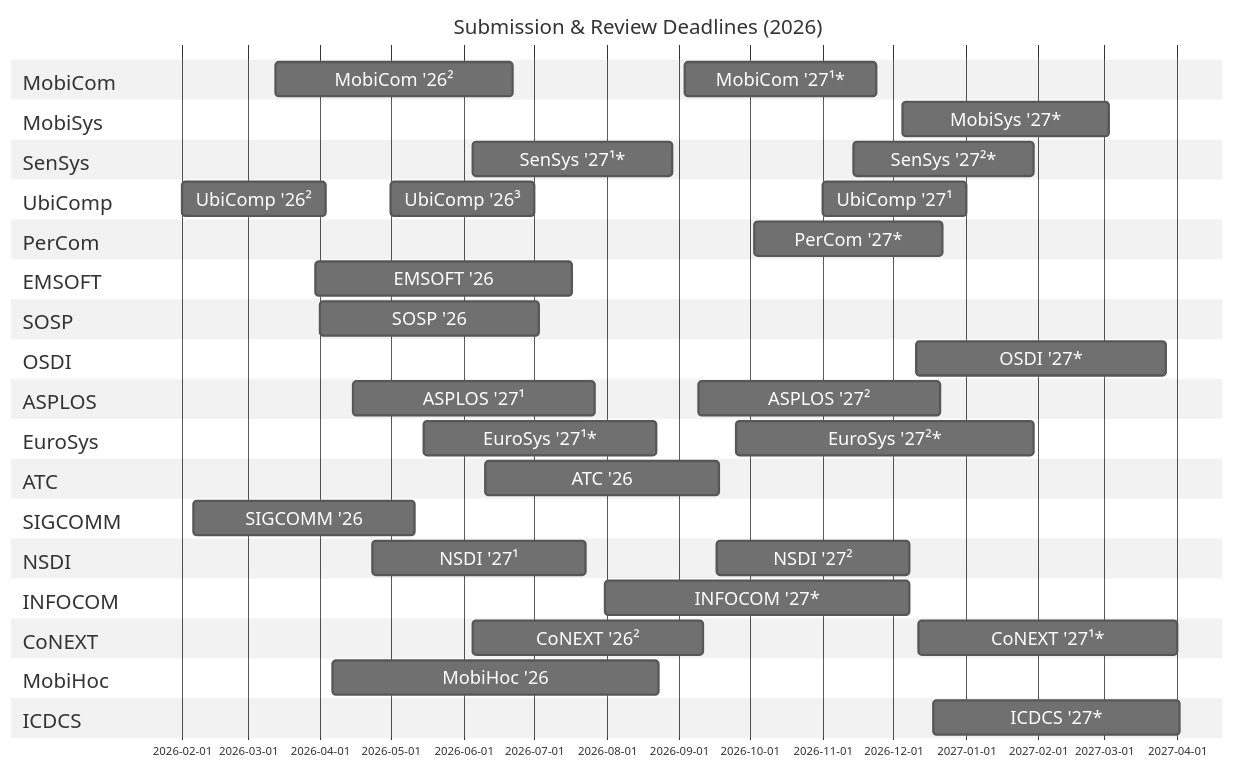
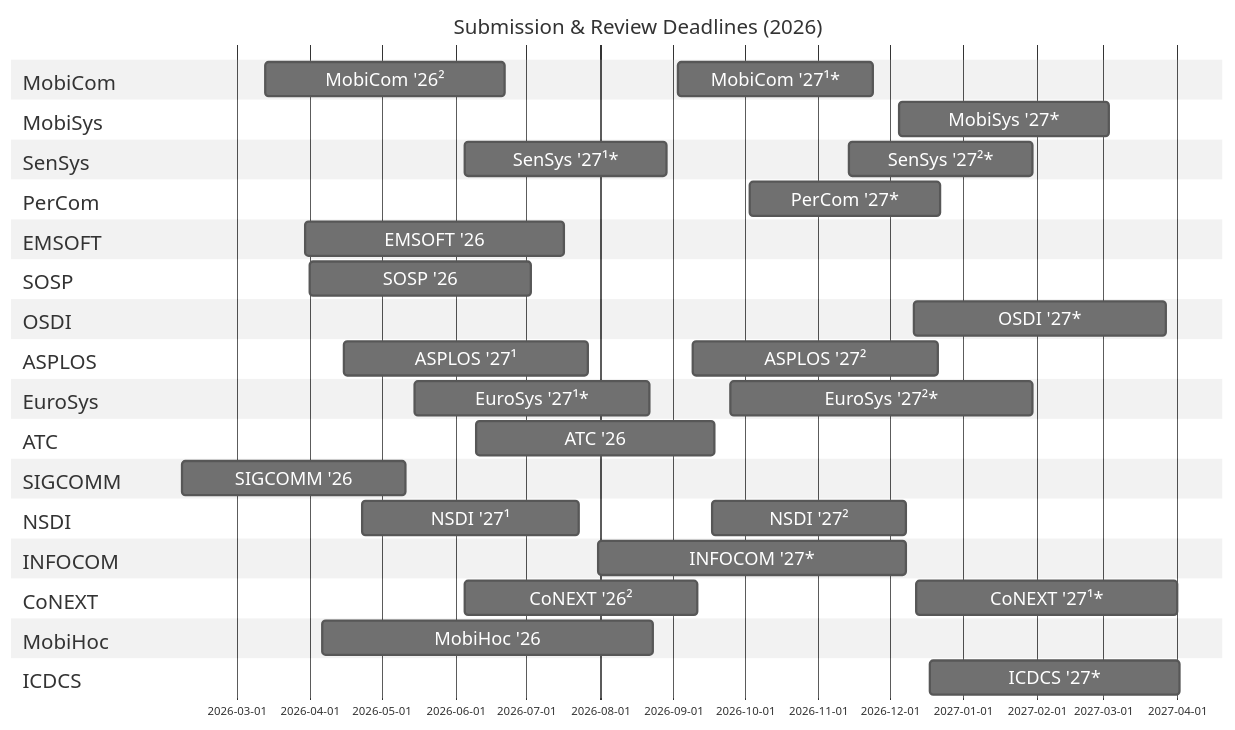
One commit to iamseonghoon/Mobile-Systems-Conference-Timelines changed the diagram in README.md. Above: the diagram before and after it, drawn with Mermaid. The commit also changed other lines of this file, not shown here.

Commit message:
Update conference listings in README
Removed UbiComp sections and added new conference entries.

```diff
--- a/README.md
+++ b/README.md
@@ -34,11 +34,6 @@
     section SenSys
     SenSys '27¹* :sensys27-review1, 2026-06-05, 85d
     SenSys '27²* :sensys27-review2, 2026-11-14, 77d
-
-    section UbiComp
-    UbiComp '26² :ubicomp26-review3, 2026-02-01, 61d
-    UbiComp '26³ :ubicomp26-review2, 2026-05-01, 61d
-    UbiComp '27¹ :ubicomp27-review1, 2026-11-01, 61d
 
     section PerCom
     PerCom '27* :percom27-review, 2026-10-03, 80d
```
